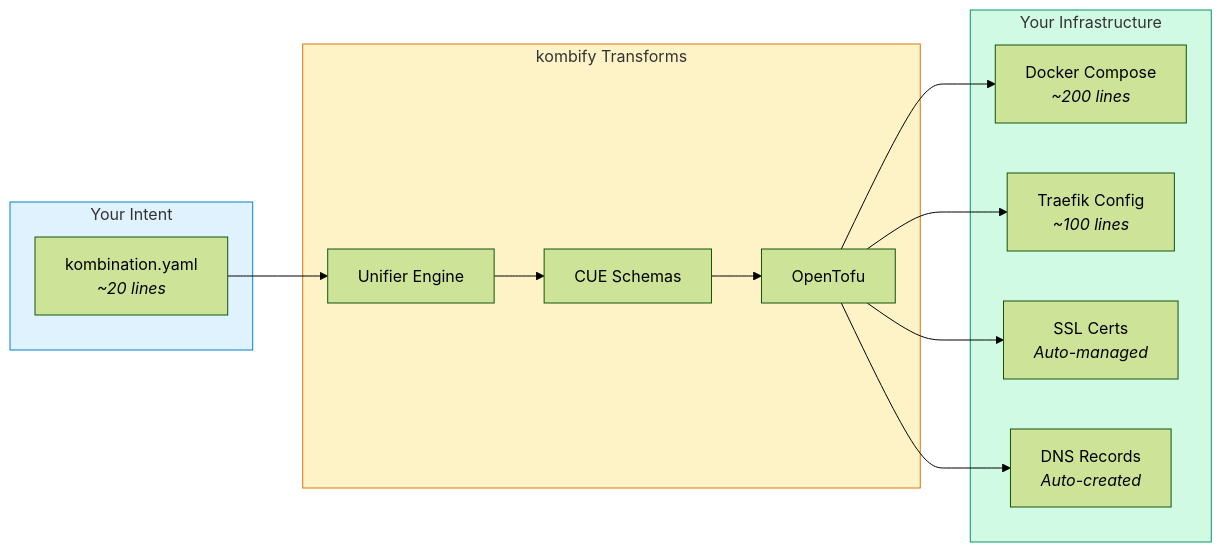
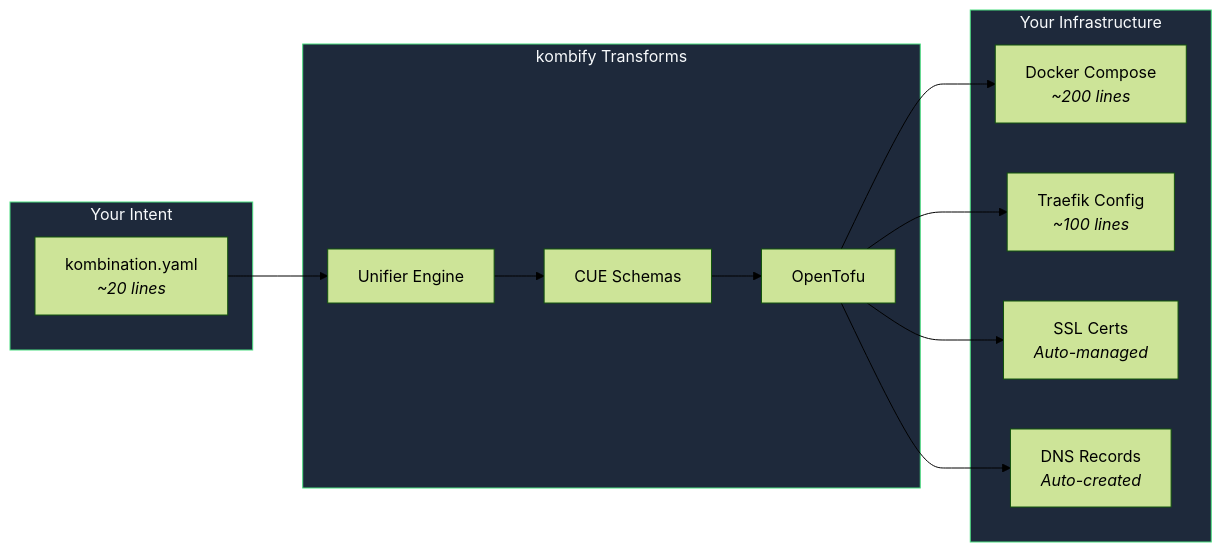
One commit to KombiverseLabs/docs changed the first of 4 diagrams in concepts/spec-driven.mdx. Above: the diagram before and after it, drawn with Mermaid (forest theme). The commit also changed other lines of this file and 33 other files, not shown here.

````diff
--- a/concepts/spec-driven.mdx
+++ b/concepts/spec-driven.mdx
@@ -13,28 +11,28 @@
 ```mermaid
 flowchart LR
     subgraph Intent["Your Intent"]
         YAML["kombination.yaml<br/><i>~20 lines</i>"]
     end
 
     subgraph Kombify["kombify Transforms"]
         Unifier["Unifier Engine"]
         CUE["CUE Schemas"]
         ToFu["OpenTofu"]
         
         Unifier --> CUE --> ToFu
     end
 
     subgraph Reality["Your Infrastructure"]
         Docker["Docker Compose<br/><i>~200 lines</i>"]
         Traefik["Traefik Config<br/><i>~100 lines</i>"]
         SSL["SSL Certs<br/><i>Auto-managed</i>"]
         DNS["DNS Records<br/><i>Auto-created</i>"]
     end
 
     YAML --> Unifier
     ToFu --> Docker & Traefik & SSL & DNS
 
-    style Intent fill:#e0f2fe,stroke:#0284c7
-    style Kombify fill:#fef3c7,stroke:#d97706
-    style Reality fill:#d1fae5,stroke:#059669
+    style Intent fill:#1e293b,stroke:#4ade80,color:#f8fafc
+    style Kombify fill:#1e293b,stroke:#4ade80,color:#f8fafc
+    style Reality fill:#1e293b,stroke:#4ade80,color:#f8fafc
 ```
````
